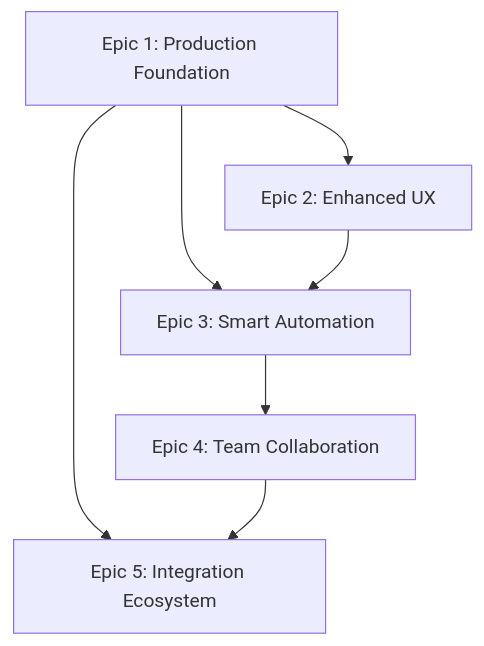
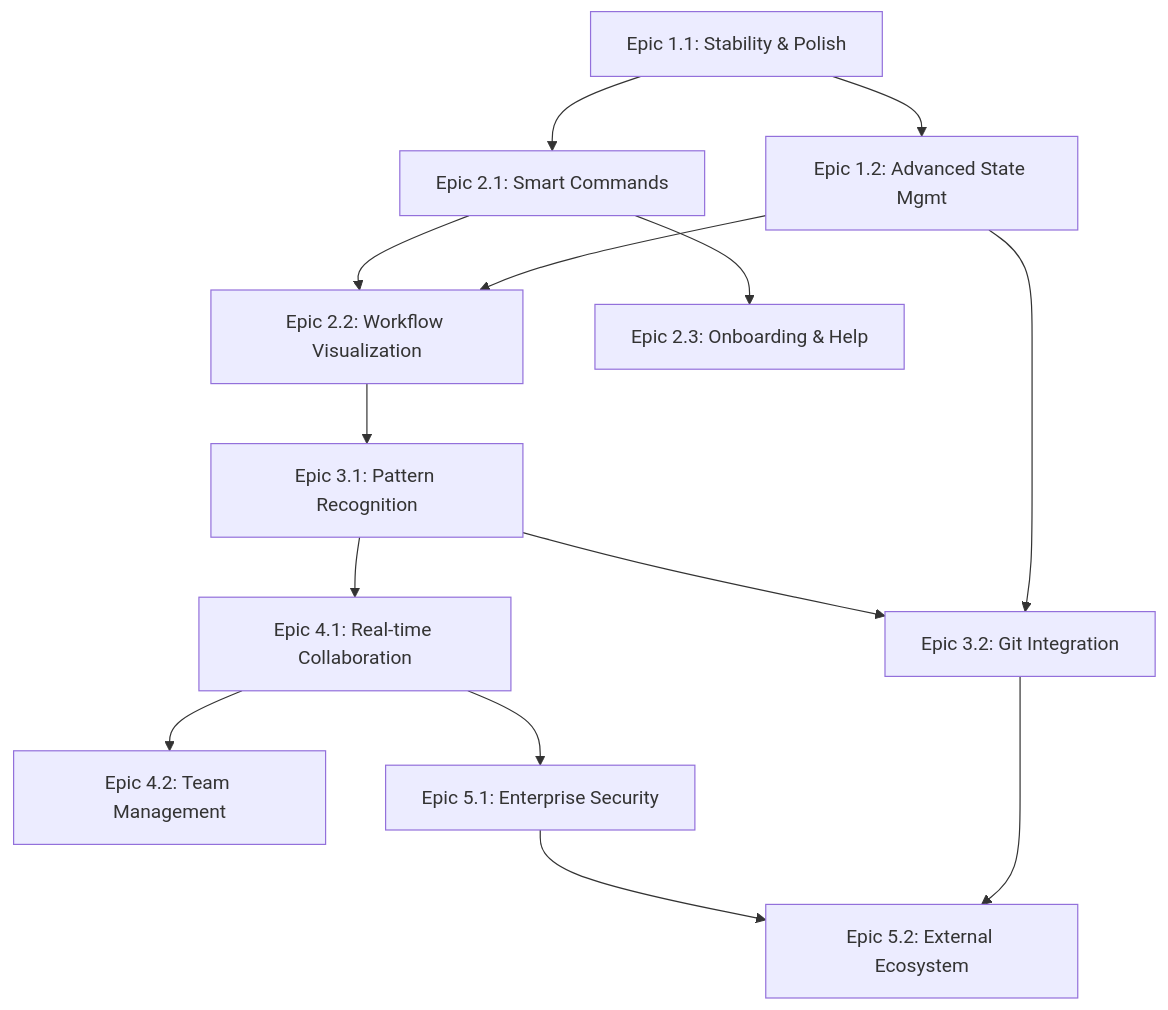
Before and after one commit to pezzos/VSClaude: the diagram in docs/1-project/EPICS.md, drawn with Mermaid. The commit also changed other lines of this file and 13 other files, not shown here.

First line of the commit message:
Add epics.json and update state.json for improved epic management

````diff
--- a/docs/1-project/EPICS.md
+++ b/docs/1-project/EPICS.md
@@ -269,9 +281,16 @@
 ```mermaid
 graph TD
-    E1[Epic 1: Production Foundation] --> E2[Epic 2: Enhanced UX]
-    E1 --> E3[Epic 3: Smart Automation]
-    E2 --> E3
-    E3 --> E4[Epic 4: Team Collaboration]
-    E1 --> E5[Epic 5: Integration Ecosystem]
-    E4 --> E5
+    E11[Epic 1.1: Stability & Polish] --> E12[Epic 1.2: Advanced State Mgmt]
+    E11 --> E21[Epic 2.1: Smart Commands]
+    E12 --> E22[Epic 2.2: Workflow Visualization]
+    E21 --> E22
+    E21 --> E23[Epic 2.3: Onboarding & Help]
+    E22 --> E31[Epic 3.1: Pattern Recognition]
+    E12 --> E32[Epic 3.2: Git Integration]
+    E31 --> E32
+    E31 --> E41[Epic 4.1: Real-time Collaboration]
+    E41 --> E42[Epic 4.2: Team Management]
+    E41 --> E51[Epic 5.1: Enterprise Security]
+    E32 --> E52[Epic 5.2: External Ecosystem]
+    E51 --> E52
 ```
````
